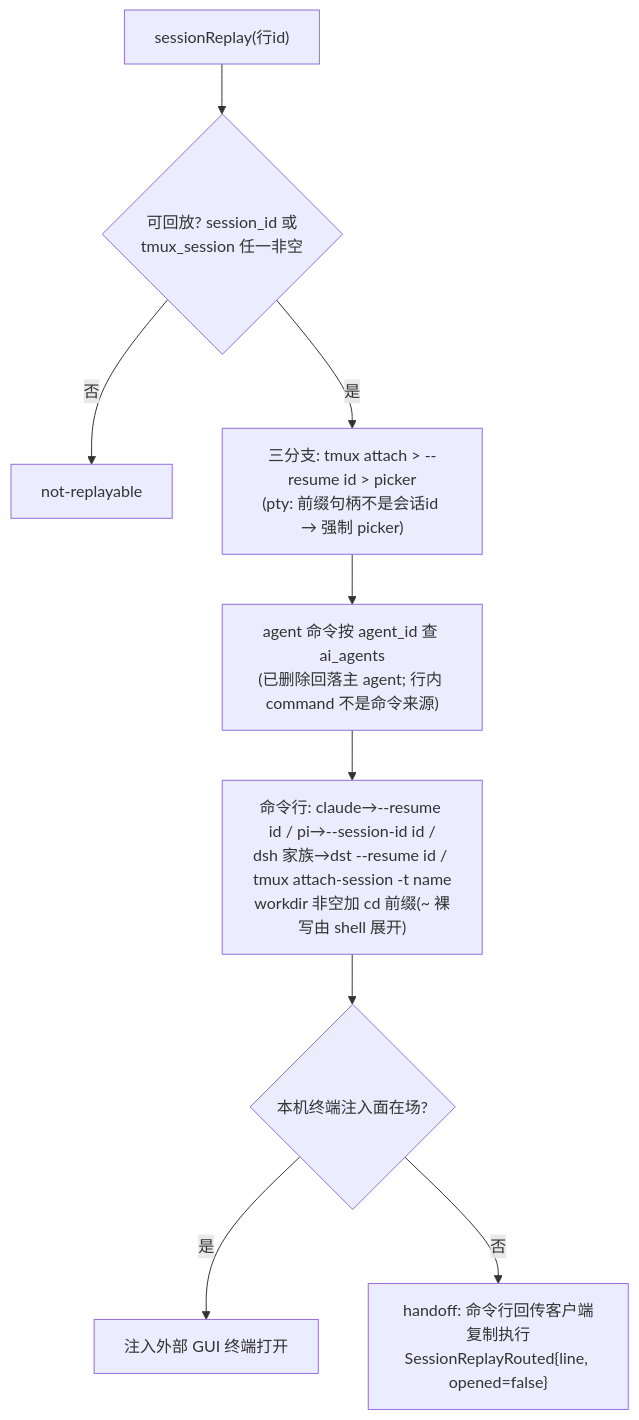
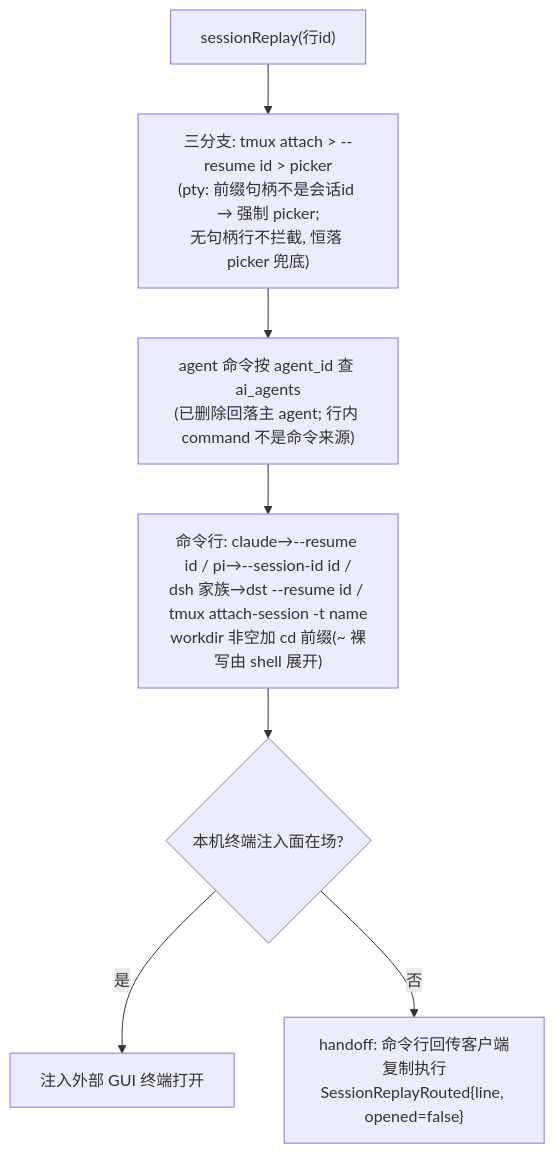
The ninth of 12 diagrams in dsh-plugin/docs/agent-cli-flows.md (Jo0OCTsai/pokemon-choose-you), drawn with Mermaid before and after one commit. The commit also changed other lines of this file and 20 other files, not shown here.

Commit message:
fix(dsh): 交互派发两断点收口——本机交互行 pk PATH 前缀 · claude/pi 预生成会话 id 真回放 · picker 兜底放开按钮恒渲染

````diff
--- a/dsh-plugin/docs/agent-cli-flows.md
+++ b/dsh-plugin/docs/agent-cli-flows.md
@@ -355,11 +359,9 @@
 ```mermaid
 flowchart TB
-    A["sessionReplay(行id)"] --> B{"可回放? session_id 或<br/>tmux_session 任一非空"}
-    B -- 否 --> X["not-replayable"]
-    B -- 是 --> C["三分支: tmux attach > --resume id > picker<br/>(pty: 前缀句柄不是会话id → 强制 picker)"]
-    C --> D["agent 命令按 agent_id 查 ai_agents<br/>(已删除回落主 agent; 行内 command 不是命令来源)"]
-    D --> E["命令行: claude→--resume id / pi→--session-id id /<br/>dsh 家族→dst --resume id / tmux attach-session -t name<br/>workdir 非空加 cd 前缀(~ 裸写由 shell 展开)"]
-    E --> F{"本机终端注入面在场?"}
-    F -- 是 --> G["注入外部 GUI 终端打开"]
-    F -- 否 --> H["handoff: 命令行回传客户端复制执行<br/>SessionReplayRouted{line, opened=false}"]
+    A["sessionReplay(行id)"] --> B["三分支: tmux attach > --resume id > picker<br/>(pty: 前缀句柄不是会话id → 强制 picker;<br/>无句柄行不拦截, 恒落 picker 兜底)"]
+    B --> C["agent 命令按 agent_id 查 ai_agents<br/>(已删除回落主 agent; 行内 command 不是命令来源)"]
+    C --> D["命令行: claude→--resume id / pi→--session-id id /<br/>dsh 家族→dst --resume id / tmux attach-session -t name<br/>workdir 非空加 cd 前缀(~ 裸写由 shell 展开)"]
+    D --> E{"本机终端注入面在场?"}
+    E -- 是 --> F["注入外部 GUI 终端打开"]
+    E -- 否 --> G["handoff: 命令行回传客户端复制执行<br/>SessionReplayRouted{line, opened=false}"]
 ```
````
